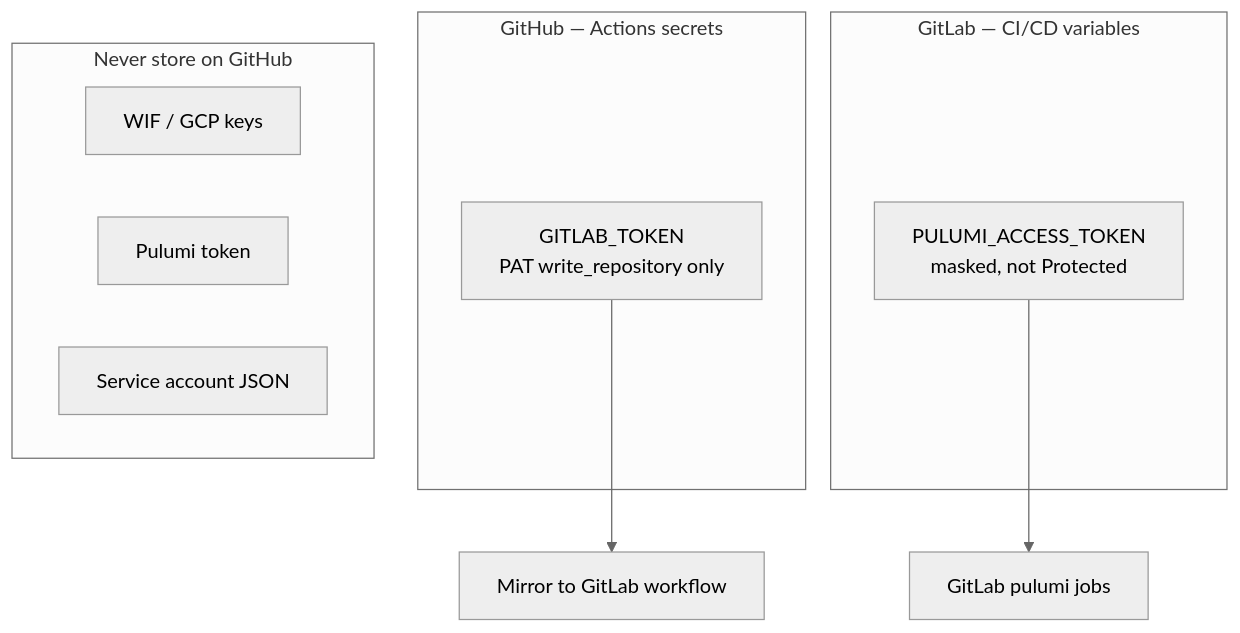
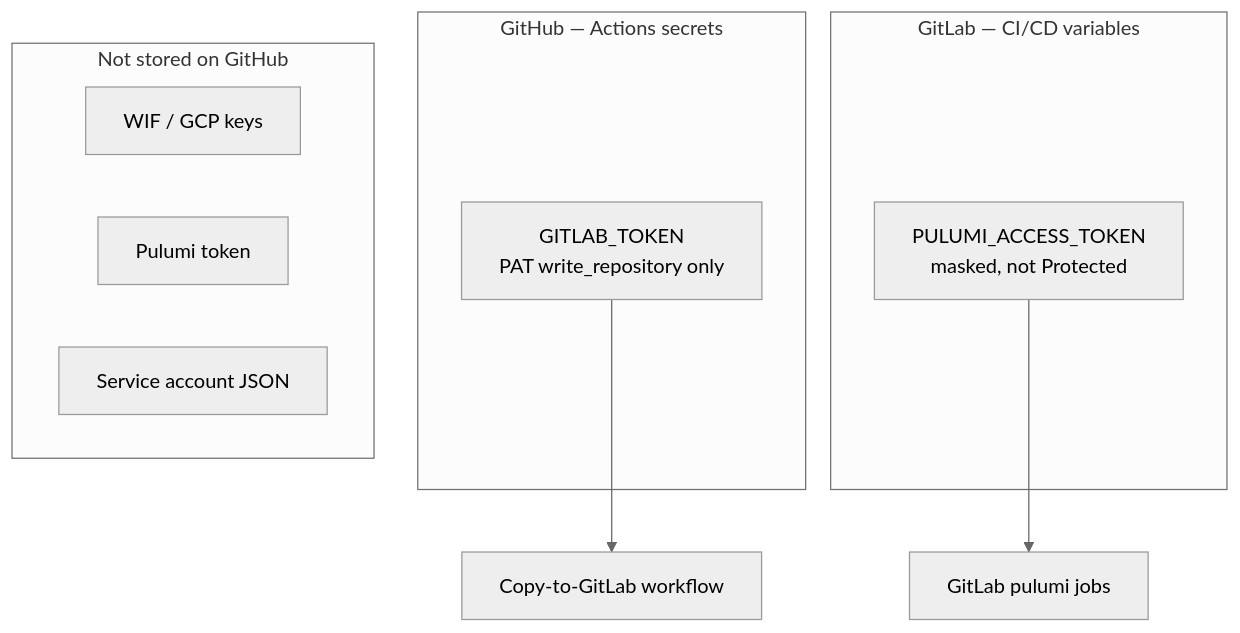
One commit to michaelsolla/pulumi-cloud-solla-resume changed the third of 3 diagrams in docs/FORGES.md. Above: the diagram before and after it, drawn with Mermaid (neutral theme). The commit also changed other lines of this file and 13 other files, not shown here.

````diff
--- a/docs/FORGES.md
+++ b/docs/FORGES.md
@@ -82,19 +80,19 @@
 ```mermaid
 flowchart TB
   subgraph githubSecrets [GitHub — Actions secrets]
     Token["GITLAB_TOKEN<br/>PAT write_repository only"]
   end
 
   subgraph gitlabSecrets [GitLab — CI/CD variables]
     Pulumi["PULUMI_ACCESS_TOKEN<br/>masked, not Protected"]
   end
 
-  subgraph never [Never store on GitHub]
+  subgraph never [Not stored on GitHub]
     WIF[WIF / GCP keys]
     PulumiAgain[Pulumi token]
     SA[Service account JSON]
   end
 
-  Token --> MirrorJob[Mirror to GitLab workflow]
+  Token --> CopyJob[Copy-to-GitLab workflow]
   Pulumi --> DeployJob[GitLab pulumi jobs]
 ```
````
